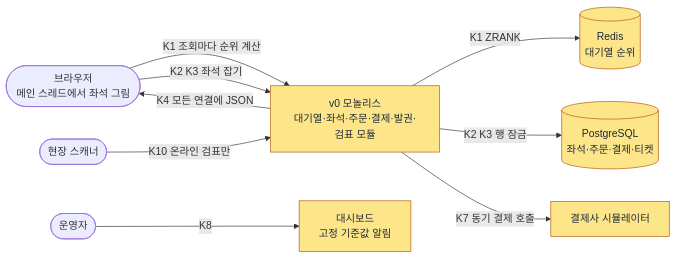
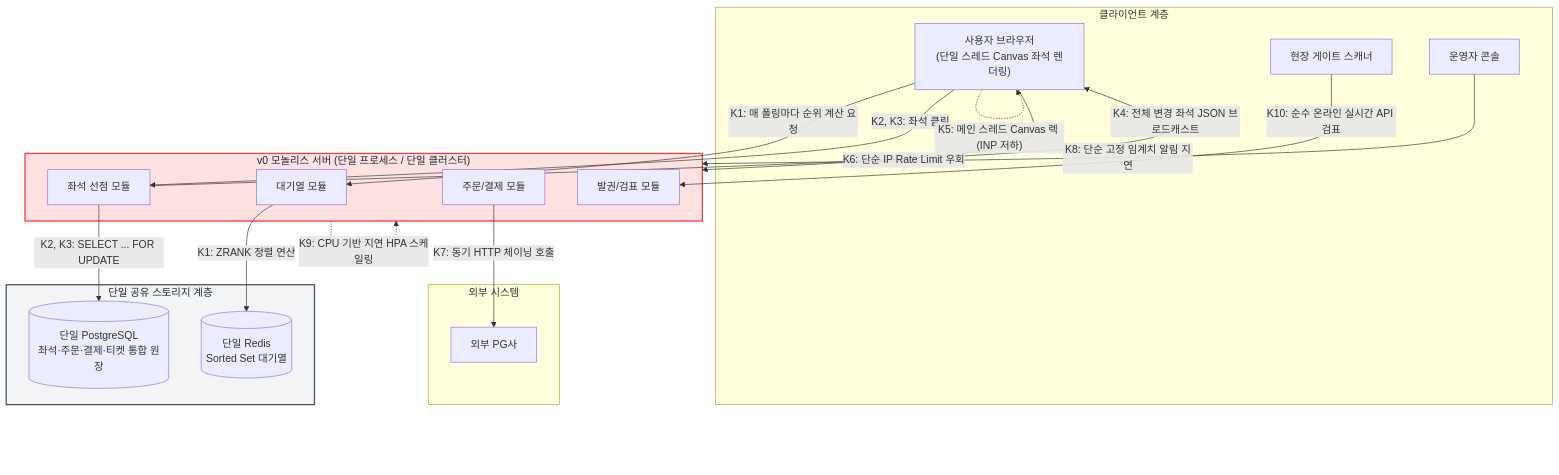
One commit to peaket/peaket changed the fourth of 18 diagrams in docs/walkthrough/01-system-design.md. Above: the diagram before and after it, drawn with Mermaid. The commit also changed other lines of this file and 77 other files, not shown here.

````diff
--- a/docs/walkthrough/01-system-design.md
+++ b/docs/walkthrough/01-system-design.md
@@ -302,20 +429,45 @@
 ```mermaid
-flowchart LR
-    browser(["브라우저<br/>메인 스레드에서 좌석 그림"])
-    scanner(["현장 스캐너"])
-    opsv(["운영자"])
-    mono["v0 모놀리스<br/>대기열·좌석·주문·결제·발권·검표 모듈"]:::new
-    redis[("Redis<br/>대기열 순위")]:::new
-    pg[("PostgreSQL<br/>좌석·주문·결제·티켓")]:::new
-    pgsim["결제사 시뮬레이터"]:::new
-    dash["대시보드<br/>고정 기준값 알림"]:::new
-    browser -->|"K1 조회마다 순위 계산"| mono
-    mono -->|"K1 ZRANK"| redis
-    browser -->|"K2 K3 좌석 잡기"| mono
-    mono -->|"K2 K3 행 잠금"| pg
-    mono -->|"K4 모든 연결에 JSON"| browser
-    mono -->|"K7 동기 결제 호출"| pgsim
-    scanner -->|"K10 온라인 검표만"| mono
-    opsv -->|"K8"| dash
-    classDef new fill:#fde68a,stroke:#b45309,color:#1f2937
+flowchart TD
+    subgraph Clients["클라이언트 계층"]
+        browser["사용자 브라우저<br/>(단일 스레드 Canvas 좌석 렌더링)"]
+        scanner["현장 게이트 스캐너"]
+        ops["운영자 콘솔"]
+    end
+
+    subgraph Monolith["v0 모놀리스 서버 (단일 프로세스 / 단일 클러스터)"]
+        queueMod["대기열 모듈"]
+        seatMod["좌석 선점 모듈"]
+        orderMod["주문/결제 모듈"]
+        ticketMod["발권/검표 모듈"]
+    end
+
+    subgraph Storage["단일 공유 스토리지 계층"]
+        v0Redis[("단일 Redis<br/>Sorted Set 대기열")]
+        v0PG[("단일 PostgreSQL<br/>좌석·주문·결제·티켓 통합 원장")]
+    end
+
+    subgraph External["외부 시스템"]
+        pgSim["외부 PG사"]
+    end
+
+    browser -->|"K1: 매 폴링마다 순위 계산 요청"| queueMod
+    queueMod -->|"K1: ZRANK 정렬 연산"| v0Redis
+
+    browser -->|"K2, K3: 좌석 클릭"| seatMod
+    seatMod -->|"K2, K3: SELECT ... FOR UPDATE"| v0PG
+
+    seatMod -->|"K4: 전체 변경 좌석 JSON 브로드캐스트"| browser
+    browser -.->|"K5: 메인 스레드 Canvas 렉 (INP 저하)"| browser
+
+    browser -->|"K6: 단순 IP Rate Limit 우회"| Monolith
+    orderMod -->|"K7: 동기 HTTP 체이닝 호출"| pgSim
+
+    ops -->|"K8: 단순 고정 임계치 알림 지연"| Monolith
+    Monolith -.->|"K9: CPU 기반 지연 HPA 스케일링"| Monolith
+    scanner -->|"K10: 순수 온라인 실시간 API 검표"| ticketMod
+
+    classDef v0Node fill:#fee2e2,stroke:#ef4444,stroke-width:2px,color:#1f2937
+    classDef storageNode fill:#f3f4f6,stroke:#4b5563,stroke-width:2px,color:#1f2937
+    class Monolith v0Node
+    class Storage storageNode
 ```
````
